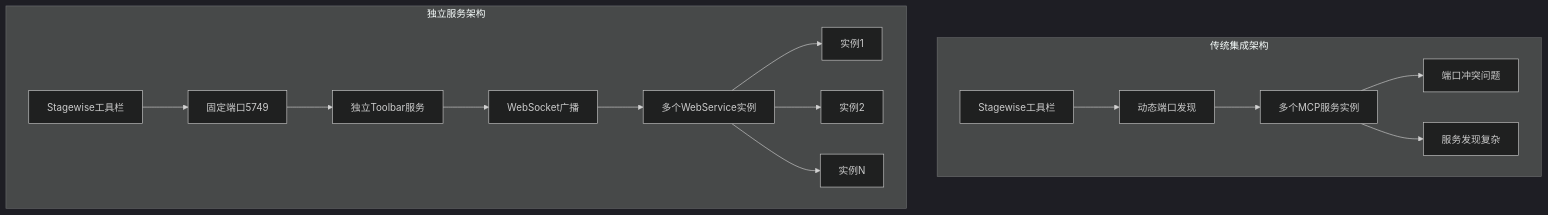
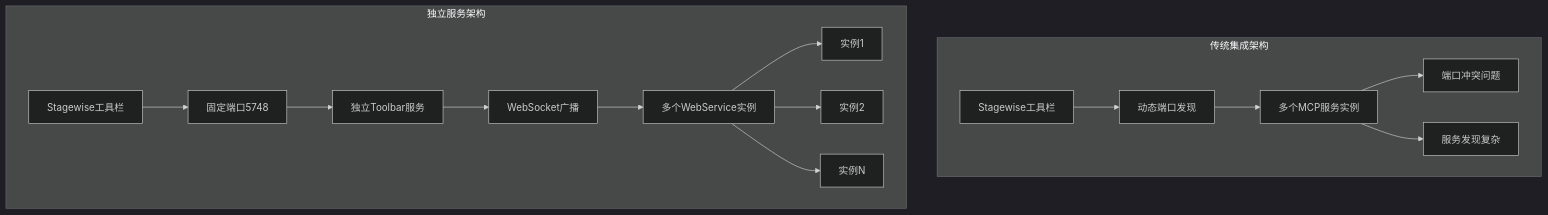
Before and after one commit to Songmengdi/mcp-feedback-collector: the second of 4 diagrams in docs/架构层/架构设计.md, drawn with Mermaid (dark theme). The commit also changed other lines of this file and 18 other files, not shown here.

````diff
--- a/docs/架构层/架构设计.md
+++ b/docs/架构层/架构设计.md
@@ -51,20 +51,20 @@
 ```mermaid
 graph TB
     subgraph "传统集成架构"
         A1[Stagewise工具栏] --> B1[动态端口发现]
         B1 --> C1[多个MCP服务实例]
         C1 --> D1[端口冲突问题]
         C1 --> E1[服务发现复杂]
     end
     
     subgraph "独立服务架构"
-        A2[Stagewise工具栏] --> B2[固定端口5749]
+        A2[Stagewise工具栏] --> B2[固定端口5748]
         B2 --> C2[独立Toolbar服务]
         C2 --> D2[WebSocket广播]
         D2 --> E2[多个WebService实例]
         
         E2 --> F2[实例1]
         E2 --> G2[实例2]
         E2 --> H2[实例N]
     end
 ```
````
